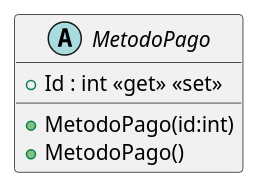
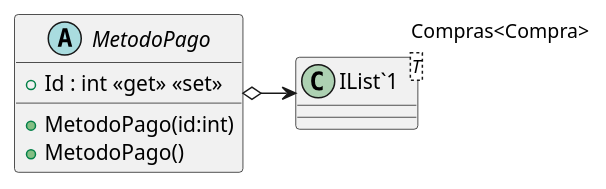
One commit to ISII2627LosNenes/ISII2627LosNenes changed the diagram in src/AppForSEII.API/ClassDiagram/MetodoPago.puml. Above: the diagram before and after it, drawn with PlantUML. The commit also changed 9 other files, not shown here.

First line of the commit message:
141 añado las clases al diagrama de clases (#145)

```diff
--- a/src/AppForSEII.API/ClassDiagram/MetodoPago.puml
+++ b/src/AppForSEII.API/ClassDiagram/MetodoPago.puml
@@ -1,7 +1,10 @@
 @startuml
 abstract class MetodoPago {
     + MetodoPago(id:int)
     + MetodoPago()
     + Id : int <<get>> <<set>>
 }
+class "IList`1"<T> {
+}
+MetodoPago o-> "Compras<Compra>" "IList`1"
 @enduml
```
